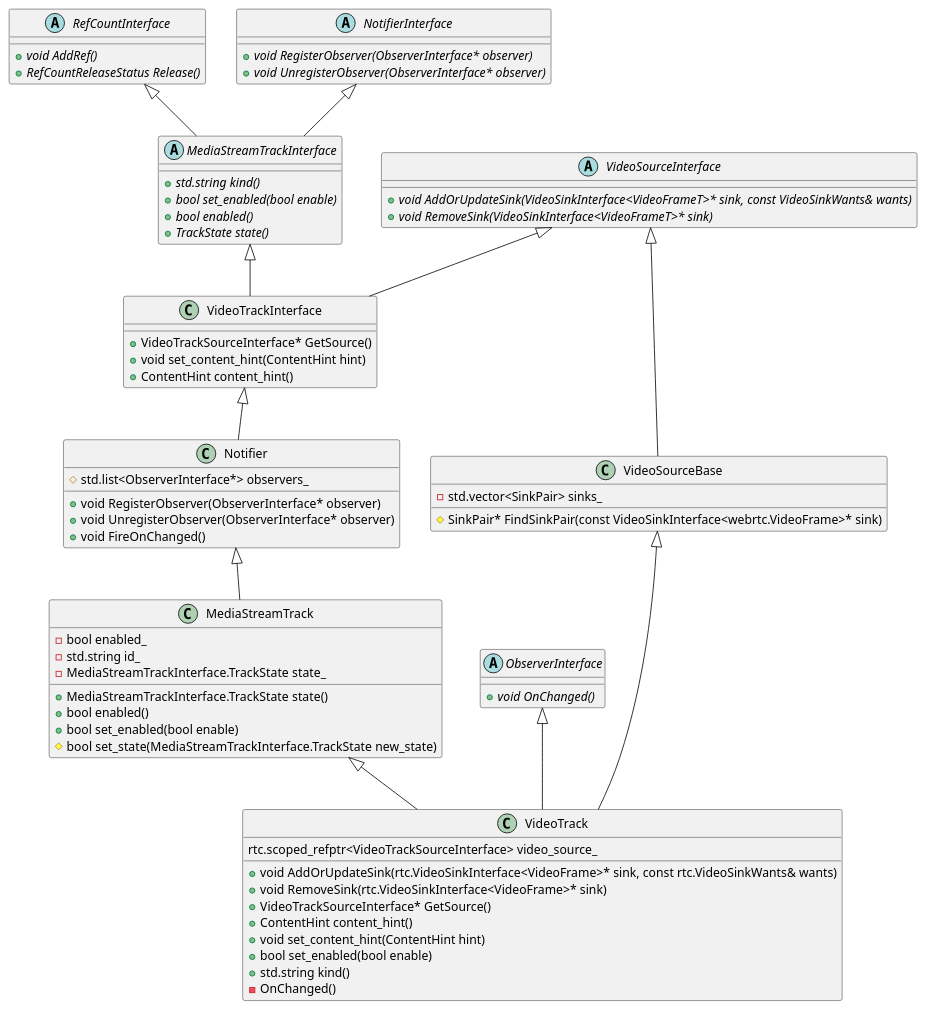
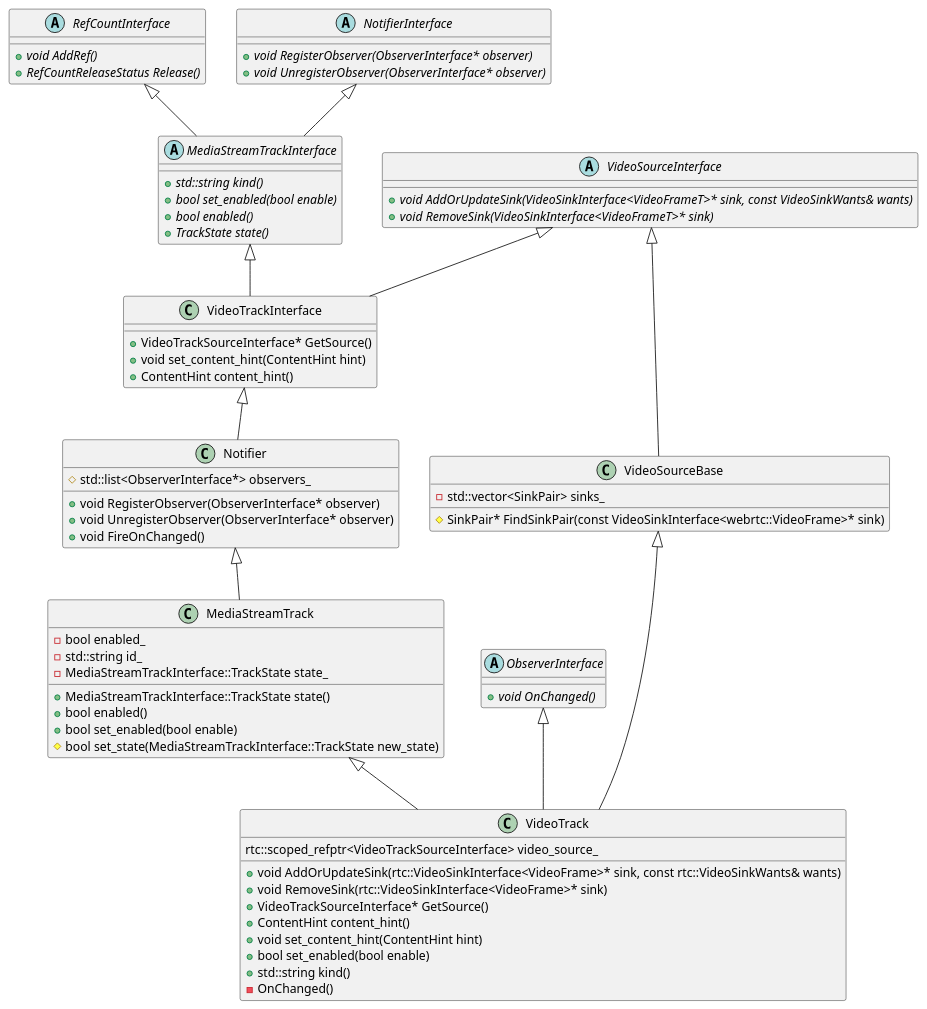
Before and after one commit to pngouembe/codegen: the diagram in test_dir/plantuml/diagrams/big_test.plantuml, drawn with PlantUML. The commit also changed 2 other files, not shown here.

Commit message:
Plantuml parser namespace setting support

```diff
--- a/test_dir/plantuml/diagrams/big_test.plantuml
+++ b/test_dir/plantuml/diagrams/big_test.plantuml
@@ -3,82 +3,85 @@
 @startuml Android-Native-VideoTrack
+
+set namespaceSeparator ::
+
 abstract class RefCountInterface {
     + {abstract} void AddRef()
     + {abstract} RefCountReleaseStatus Release()
 }
 
 abstract class NotifierInterface {
     + {abstract} void RegisterObserver(ObserverInterface* observer)
     + {abstract} void UnregisterObserver(ObserverInterface* observer)
 }
 
 abstract class ObserverInterface {
     + {abstract} void OnChanged()
 }
 
 abstract class MediaStreamTrackInterface {
-    + {abstract} std.string kind()
+    + {abstract} std::string kind()
     + {abstract} bool set_enabled(bool enable)
     + {abstract} bool enabled()
     + {abstract} TrackState state()
 }
 
 RefCountInterface <|-- MediaStreamTrackInterface
 NotifierInterface <|-- MediaStreamTrackInterface
 
 abstract class VideoSourceInterface {
     + {abstract} void AddOrUpdateSink(VideoSinkInterface<VideoFrameT>* sink, const VideoSinkWants& wants)
     + {abstract} void RemoveSink(VideoSinkInterface<VideoFrameT>* sink)
 }
 
 class VideoTrackInterface {
     + VideoTrackSourceInterface* GetSource()
     + void set_content_hint(ContentHint hint)
     + ContentHint content_hint()
 }
 
 MediaStreamTrackInterface <|-- VideoTrackInterface
 VideoSourceInterface <|-- VideoTrackInterface
 
 class Notifier {
     + void RegisterObserver(ObserverInterface* observer)
     + void UnregisterObserver(ObserverInterface* observer)
     + void FireOnChanged()
-    # std.list<ObserverInterface*> observers_
+    # std::list<ObserverInterface*> observers_
 }
 
 class MediaStreamTrack {
-    + MediaStreamTrackInterface.TrackState state()
+    + MediaStreamTrackInterface::TrackState state()
     + bool enabled()
     + bool set_enabled(bool enable)
-    # bool set_state(MediaStreamTrackInterface.TrackState new_state)
+    # bool set_state(MediaStreamTrackInterface::TrackState new_state)
 
     - bool enabled_
-    - std.string id_
-    - MediaStreamTrackInterface.TrackState state_
+    - std::string id_
+    - MediaStreamTrackInterface::TrackState state_
 }
 VideoTrackInterface <|-- Notifier
 Notifier <|-- MediaStreamTrack
 
 class VideoSourceBase {
-    # SinkPair* FindSinkPair(const VideoSinkInterface<webrtc.VideoFrame>* sink)
+    # SinkPair* FindSinkPair(const VideoSinkInterface<webrtc::VideoFrame>* sink)
 
-    - std.vector<SinkPair> sinks_
+    - std::vector<SinkPair> sinks_
 }
 VideoSourceInterface <|-- VideoSourceBase
 
 class VideoTrack {
-    + void AddOrUpdateSink(rtc.VideoSinkInterface<VideoFrame>* sink, const rtc.VideoSinkWants& wants)
-    + void RemoveSink(rtc.VideoSinkInterface<VideoFrame>* sink)
+    + void AddOrUpdateSink(rtc::VideoSinkInterface<VideoFrame>* sink, const rtc::VideoSinkWants& wants)
+    + void RemoveSink(rtc::VideoSinkInterface<VideoFrame>* sink)
     + VideoTrackSourceInterface* GetSource()
     + ContentHint content_hint()
     + void set_content_hint(ContentHint hint)
     + bool set_enabled(bool enable)
-    + std.string kind()
+    + std::string kind()
     - OnChanged()
 
-    rtc.scoped_refptr<VideoTrackSourceInterface> video_source_
+    rtc::scoped_refptr<VideoTrackSourceInterface> video_source_
 }
 MediaStreamTrack <|-- VideoTrack
 VideoSourceBase <|-- VideoTrack
 ObserverInterface <|-- VideoTrack
 @enduml
```
